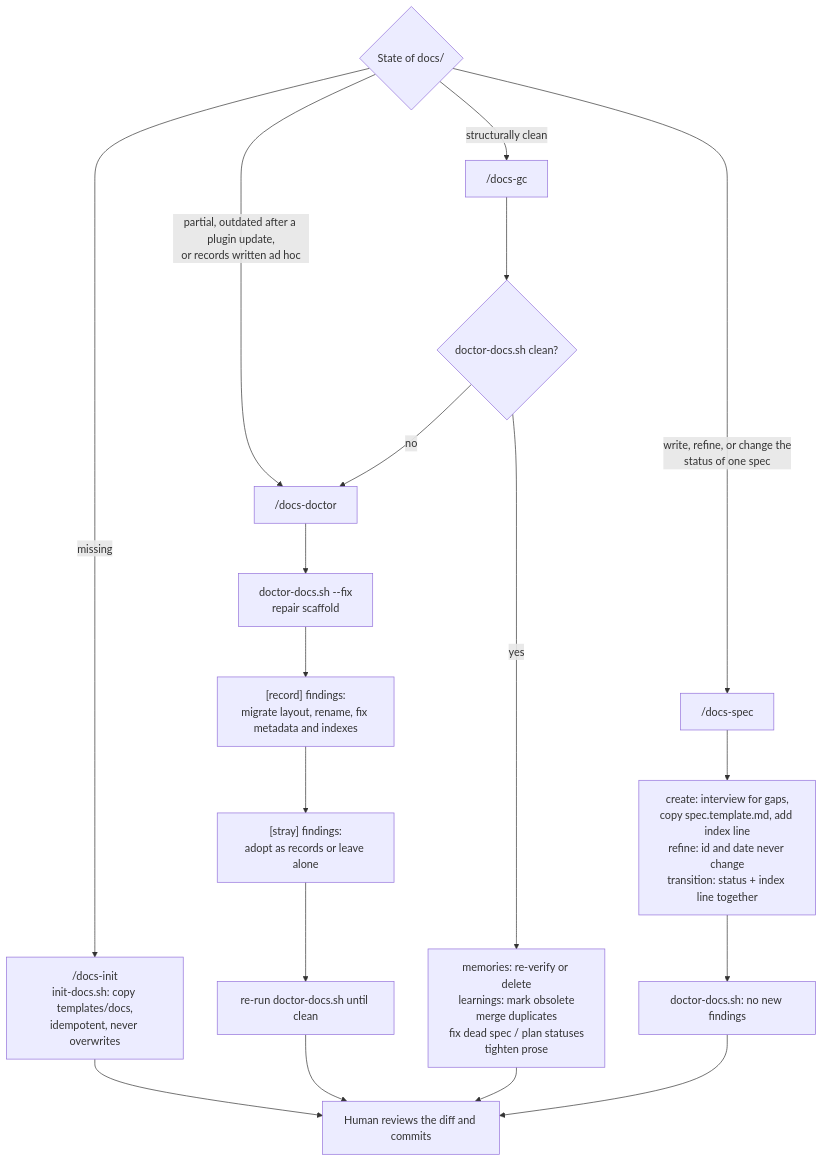
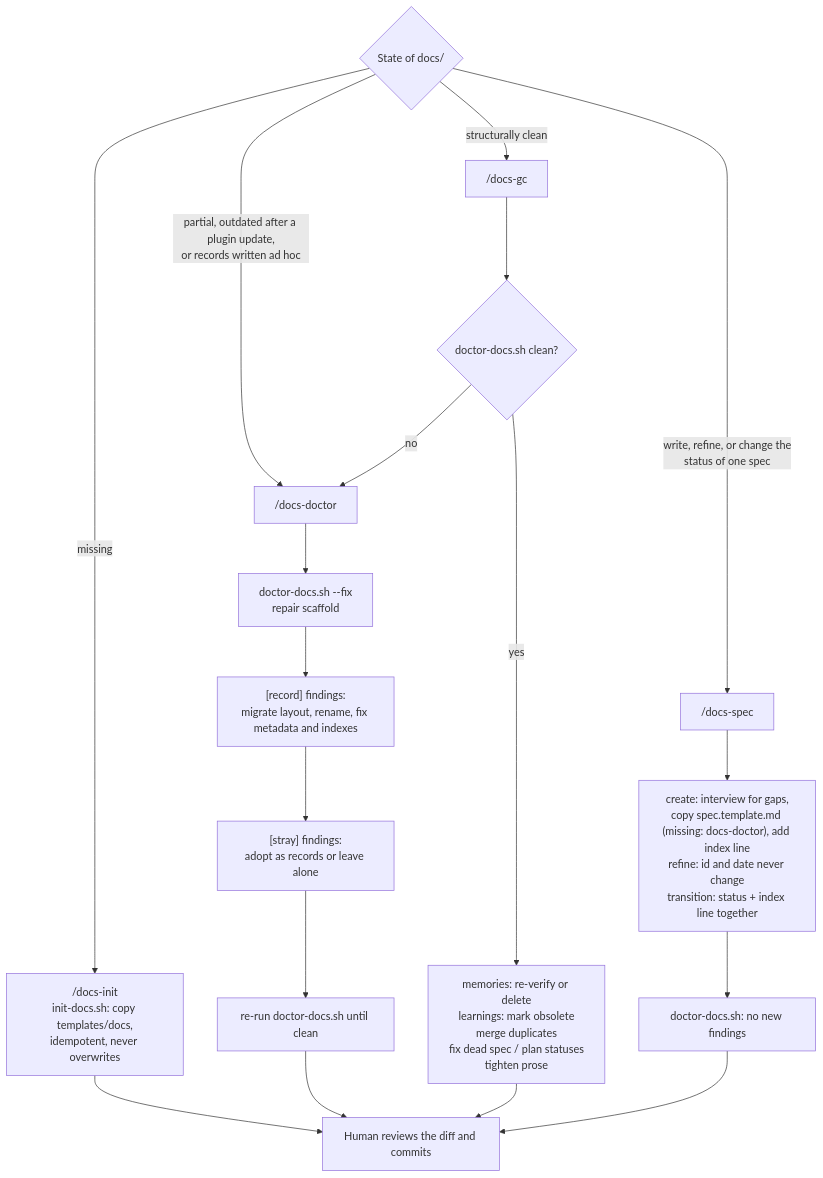
The ninth of 9 diagrams in stella-agentic-workflow-docs.md (rochar/stella.agentic.workflow), drawn with Mermaid before and after one commit. The commit also changed other lines of this file and 5 other files, not shown here.

First line of the commit message:
Tighten doctor placeholder and labeled-line checks for specs

````diff
--- a/stella-agentic-workflow-docs.md
+++ b/stella-agentic-workflow-docs.md
@@ -225,24 +229,24 @@
 ```mermaid
 flowchart TD
     START{"State of docs/"} -- "missing" --> INIT["/docs-init<br/>init-docs.sh: copy templates/docs,<br/>idempotent, never overwrites"]
     START -- "partial, outdated after a plugin update,<br/>or records written ad hoc" --> DOC
     START -- "structurally clean" --> GC
     START -- "write, refine, or change the<br/>status of one spec" --> SP
 
     DOC["/docs-doctor"] --> D1["doctor-docs.sh --fix<br/>repair scaffold"]
     D1 --> D2["[record] findings:<br/>migrate layout, rename, fix metadata and indexes"]
     D2 --> D3["[stray] findings:<br/>adopt as records or leave alone"]
     D3 --> D4["re-run doctor-docs.sh until clean"]
 
     GC["/docs-gc"] --> G0{"doctor-docs.sh clean?"}
     G0 -- no --> DOC
     G0 -- yes --> G1["memories: re-verify or delete<br/>learnings: mark obsolete<br/>merge duplicates<br/>fix dead spec / plan statuses<br/>tighten prose"]
 
     INIT --> REVIEW["Human reviews the diff and commits"]
     D4 --> REVIEW
     G1 --> REVIEW
 
-    SP["/docs-spec"] --> S1["create: interview for gaps,<br/>copy spec.template.md, add index line<br/>refine: id and date never change<br/>transition: status + index line together"]
+    SP["/docs-spec"] --> S1["create: interview for gaps,<br/>copy spec.template.md (missing: docs-doctor), add index line<br/>refine: id and date never change<br/>transition: status + index line together"]
     S1 --> S2["doctor-docs.sh: no new findings"]
     S2 --> REVIEW
 ```
````
